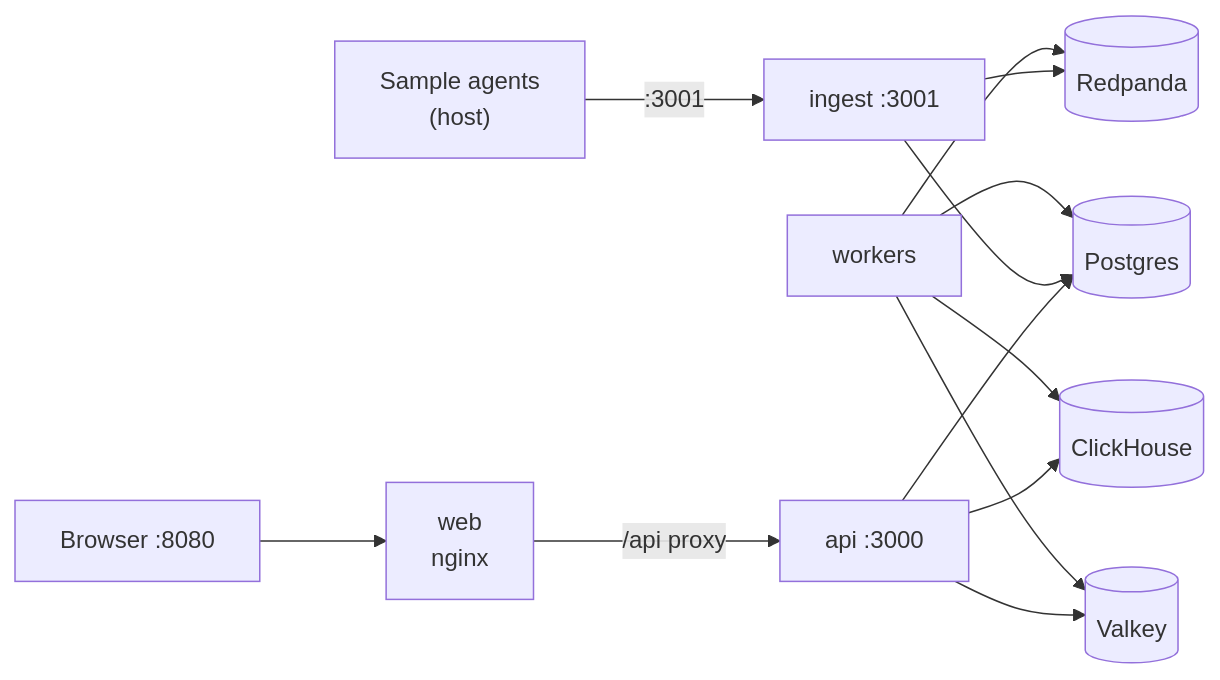
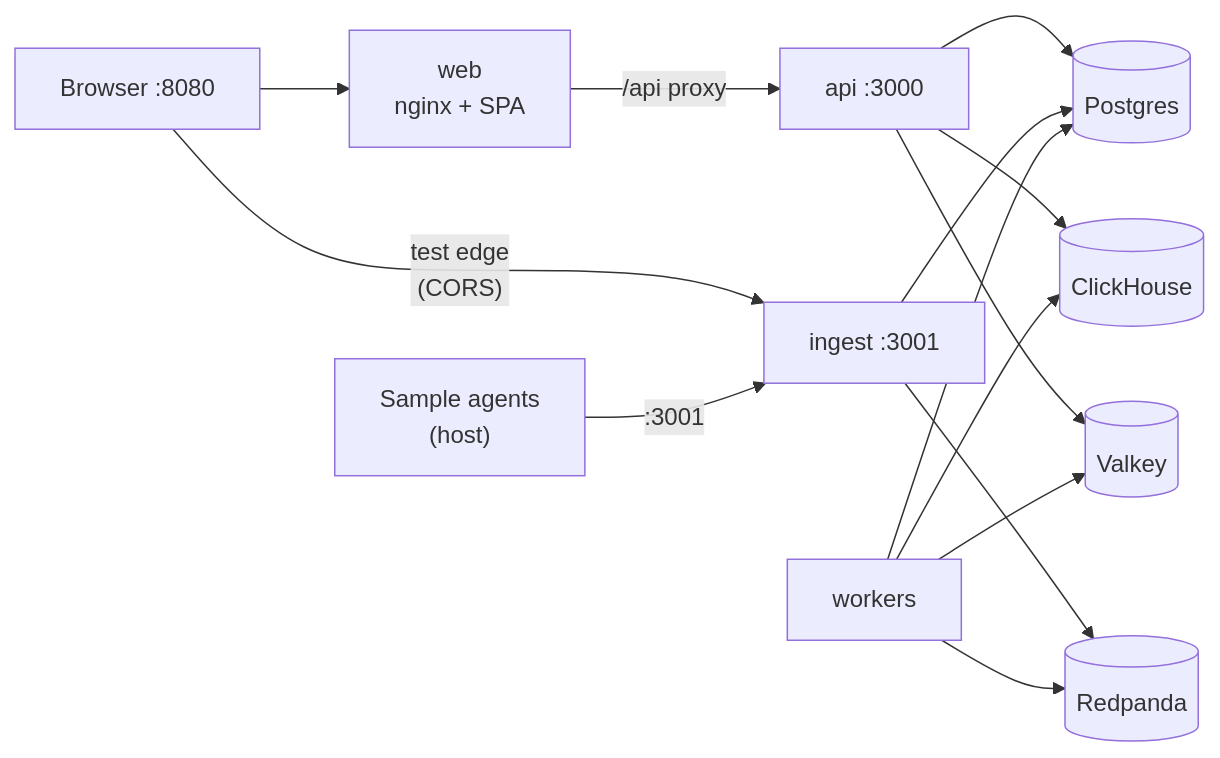
Before and after one commit to prithvirajualluri/blamr: the diagram in docs/DEPLOYMENT.md, drawn with Mermaid. The commit also changed other lines of this file and 97 other files, not shown here.

````diff
--- a/docs/DEPLOYMENT.md
+++ b/docs/DEPLOYMENT.md
@@ -98,26 +109,27 @@
 ```mermaid
 flowchart LR
   Browser["Browser :8080"]
   Agents["Sample agents\n(host)"]
-  Web["web\nnginx"]
+  Web["web\nnginx + SPA"]
   API["api :3000"]
   Ingest["ingest :3001"]
   Workers["workers"]
   PG[(Postgres)]
   CH[(ClickHouse)]
   RP[(Redpanda)]
   VK[(Valkey)]
 
   Browser --> Web
   Web -->|"/api proxy"| API
+  Browser -->|"test edge\n(CORS)"| Ingest
   Agents -->|":3001"| Ingest
   API --> PG
   API --> CH
   API --> VK
   Ingest --> RP
   Ingest --> PG
   Workers --> RP
   Workers --> CH
   Workers --> PG
   Workers --> VK
 ```
````
